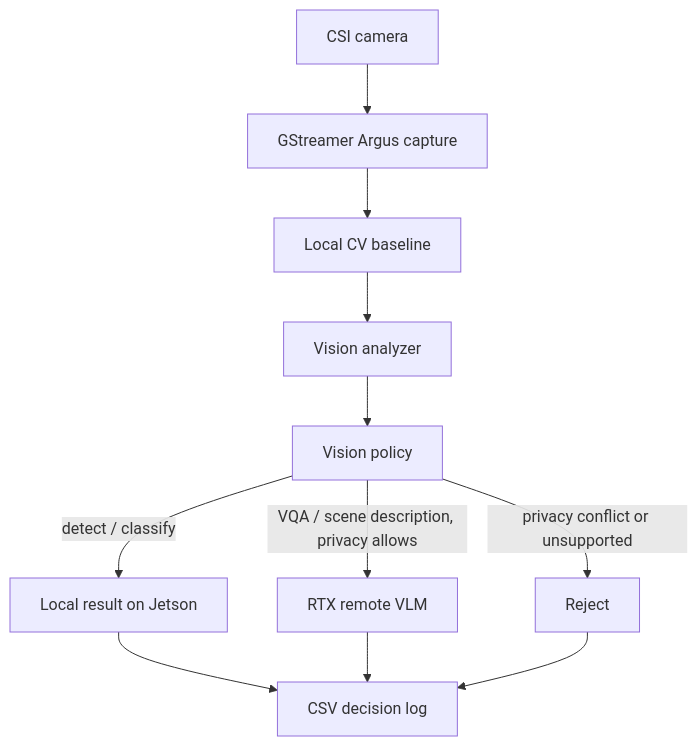
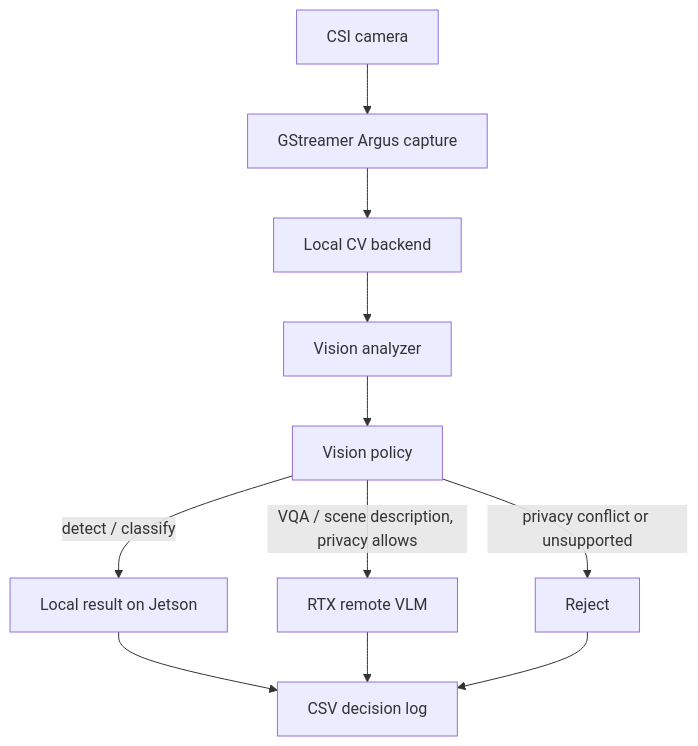
The diagram in serving/docs/vision_routing_design.md (123woshixiaoyu/edge-llm-bench), drawn with Mermaid before and after one commit. The commit also changed other lines of this file and 10 other files, not shown here.

Commit message:
Integrate YOLO TensorRT local CV router backend

````diff
--- a/serving/docs/vision_routing_design.md
+++ b/serving/docs/vision_routing_design.md
@@ -15,13 +15,13 @@
 ```mermaid
 flowchart TD
     A["CSI camera"] --> B["GStreamer Argus capture"]
-    B --> C["Local CV baseline"]
+    B --> C["Local CV backend"]
     C --> D["Vision analyzer"]
     D --> E["Vision policy"]
     E -->|detect / classify| F["Local result on Jetson"]
     E -->|VQA / scene description, privacy allows| G["RTX remote VLM"]
     E -->|privacy conflict or unsupported| H["Reject"]
     F --> I["CSV decision log"]
     G --> I
     H --> I
 ```
````
